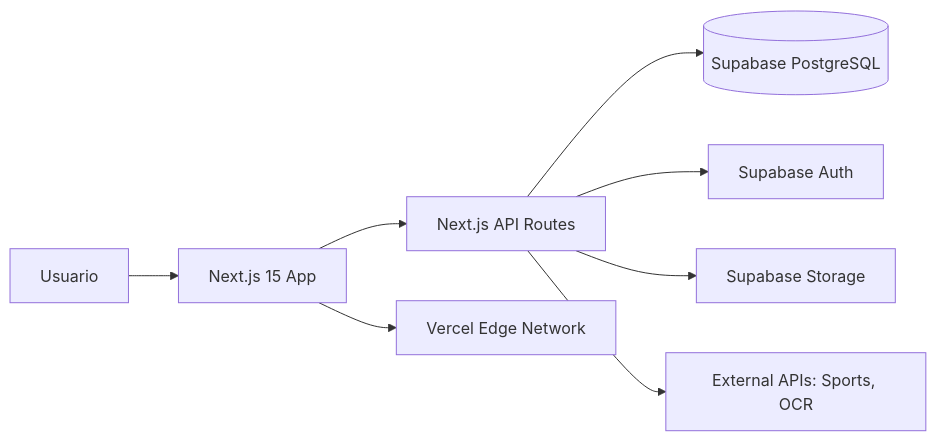
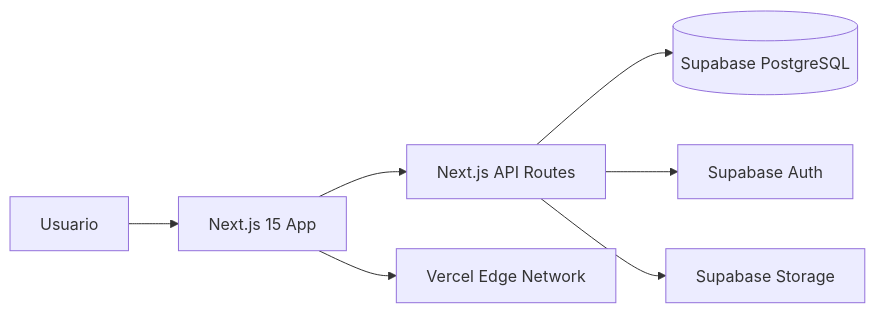
One commit to yxsinell/StakeLedger changed the first of 3 diagrams in .context/SRS/architecture-specs.md. Above: the diagram before and after it, drawn with Mermaid. The commit also changed other lines of this file and 18 other files, not shown here.

````diff
--- a/.context/SRS/architecture-specs.md
+++ b/.context/SRS/architecture-specs.md
@@ -11,10 +11,9 @@
 ```mermaid
 flowchart LR
   user[Usuario] --> ui[Next.js 15 App]
   ui --> api[Next.js API Routes]
   api --> db[(Supabase PostgreSQL)]
   api --> auth[Supabase Auth]
   api --> storage[Supabase Storage]
-  api --> external[External APIs: Sports, OCR]
   ui --> cdn[Vercel Edge Network]
 ```
````
